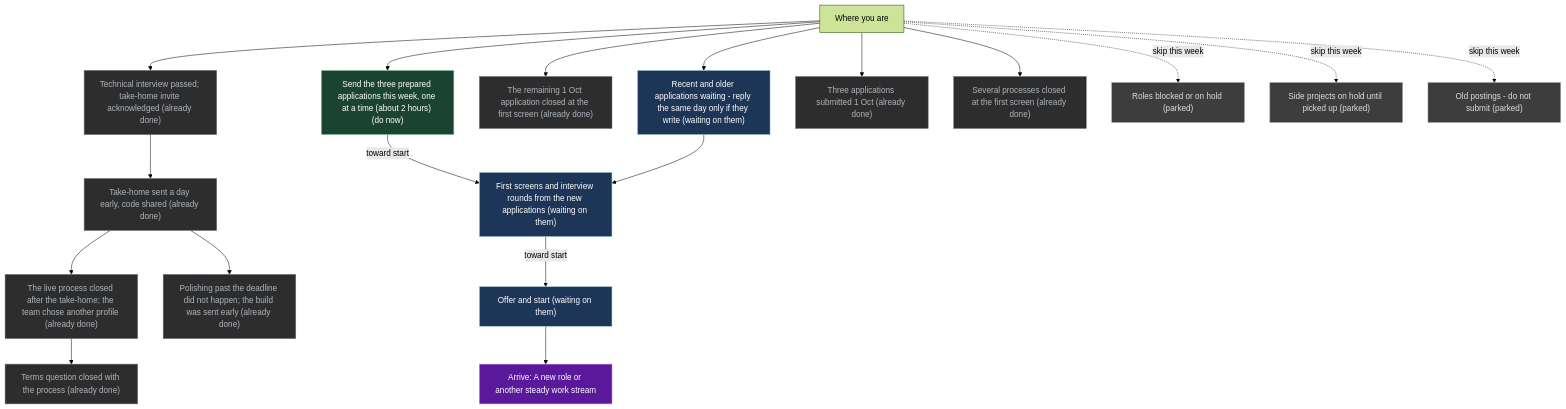
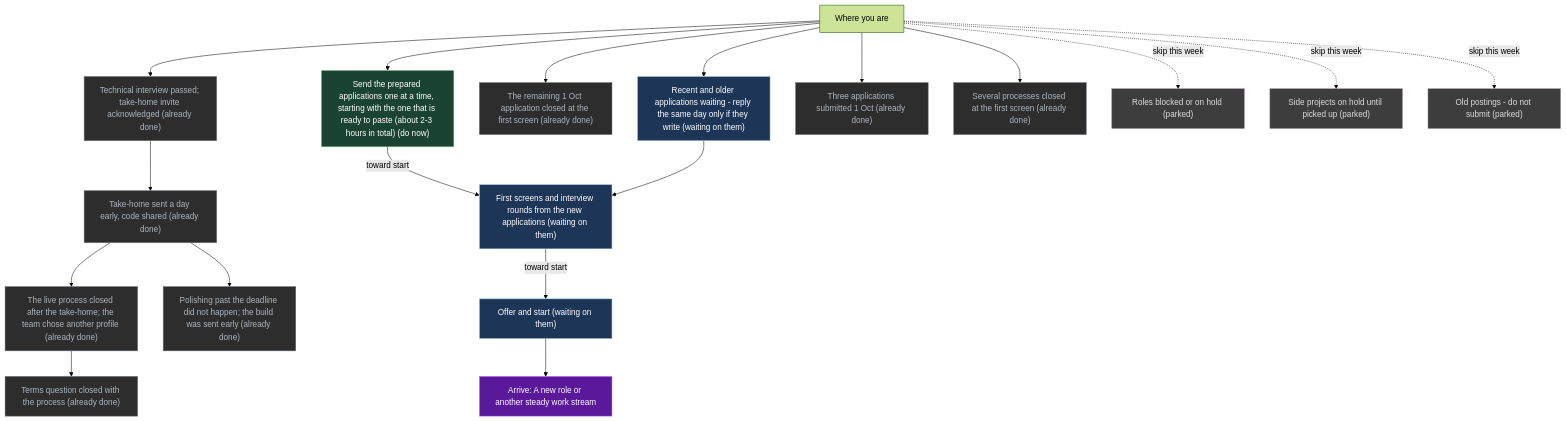
One commit to p10ns11y/life-os changed the diagram in UI/Mission.md. Above: the diagram before and after it, drawn with Mermaid (forest theme). The commit also changed other lines of this file, not shown here.

````diff
--- a/UI/Mission.md
+++ b/UI/Mission.md
@@ -69,47 +70,47 @@
 ```mermaid
 flowchart TB
   x["Where you are"]
   G["Arrive: A new role or another steady work stream"]
   S0["Technical interview passed; take-home invite acknowledged (already done)"]
   S4["Take-home sent a day early, code shared (already done)"]
   S4b["The live process closed after the take-home; the team chose another profile (already done)"]
-  S7["Send the three prepared applications this week, one at a time (about 2 hours) (do now)"]
+  S7["Send the prepared applications one at a time, starting with the one that is ready to paste (about 2-3 hours in total) (do now)"]
   S8["First screens and interview rounds from the new applications (waiting on them)"]
   S5["Offer and start (waiting on them)"]
   S6["The remaining 1 Oct application closed at the first screen (already done)"]
   S1["Recent and older applications waiting - reply the same day only if they write (waiting on them)"]
   R1["Terms question closed with the process (already done)"]
   R2["Polishing past the deadline did not happen; the build was sent early (already done)"]
   S3["Three applications submitted 1 Oct (already done)"]
   D1["Several processes closed at the first screen (already done)"]
   P1["Roles blocked or on hold (parked)"]
   P2["Side projects on hold until picked up (parked)"]
   P3["Old postings - do not submit (parked)"]
   x --> S0
   S0 --> S4
   S4 --> S4b
   x --> S7
   S7 -->|"toward start"| S8
   S1 --> S8
   S8 -->|"toward start"| S5
   x --> S6
   x --> S1
   S4b --> R1
   S4 --> R2
   x --> S3
   x --> D1
   x -.->|"skip this week"| P1
   x -.->|"skip this week"| P2
   x -.->|"skip this week"| P3
   S5 --> G
   classDef do fill:#1b4332,stroke:#95d5b2,color:#fff
   classDef wait fill:#1d3557,stroke:#a8dadc,color:#fff
   classDef park fill:#3d3d3d,stroke:#9a8c98,color:#ddd
   classDef done fill:#2d2d2d,stroke:#6c757d,color:#adb5bd
   classDef goal fill:#5a189a,stroke:#c77dff,color:#fff
   class G goal
   class S7 do
   class S8,S5,S1 wait
   class P1,P2,P3 park
   class S0,S4,S4b,S6,R1,R2,S3,D1 done
 ```
````
